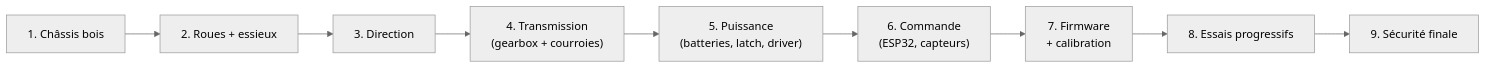
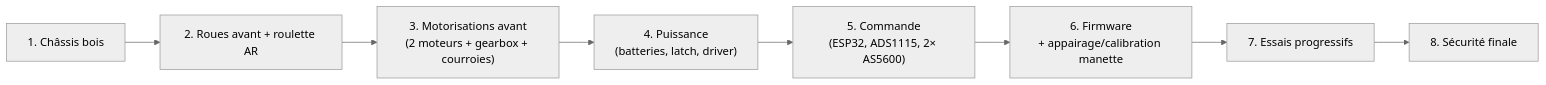
The tenth of 10 diagrams in README.md (pinkymaxou/powered-soapbox-car), drawn with Mermaid (neutral theme) before and after one commit. The commit also changed other lines of this file and 23 other files, not shown here.

First line of the commit message:
Kart à entraînement différentiel : moteurs avant + manette Bluetooth

````diff
--- a/README.md
+++ b/README.md
@@ -668,7 +670,7 @@
 ```mermaid
 flowchart LR
-    P1["1. Châssis bois"] --> P2["2. Roues + essieux"] --> P3["3. Direction"]
-    P3 --> P4["4. Transmission<br/>(gearbox + courroies)"] --> P5["5. Puissance<br/>(batteries, latch, driver)"]
-    P5 --> P6["6. Commande<br/>(ESP32, capteurs)"] --> P7["7. Firmware<br/>+ calibration"]
-    P7 --> P8["8. Essais progressifs"] --> P9["9. Sécurité finale"]
+    P1["1. Châssis bois"] --> P2["2. Roues avant + roulette AR"] --> P3["3. Motorisations avant<br/>(2 moteurs + gearbox + courroies)"]
+    P3 --> P5["4. Puissance<br/>(batteries, latch, driver)"]
+    P5 --> P6["5. Commande<br/>(ESP32, ADS1115, 2× AS5600)"] --> P7["6. Firmware<br/>+ appairage/calibration manette"]
+    P7 --> P8["7. Essais progressifs"] --> P9["8. Sécurité finale"]
 ```
````
